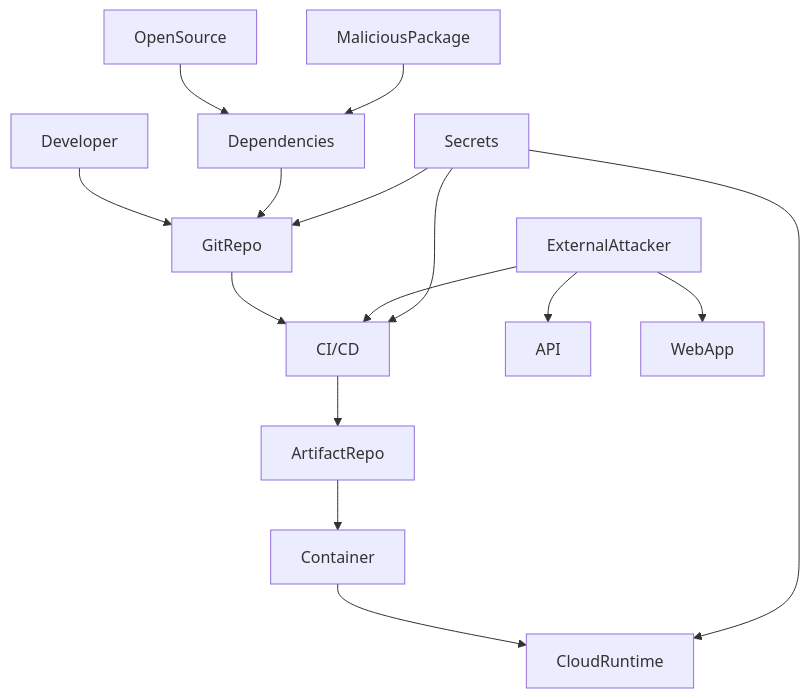
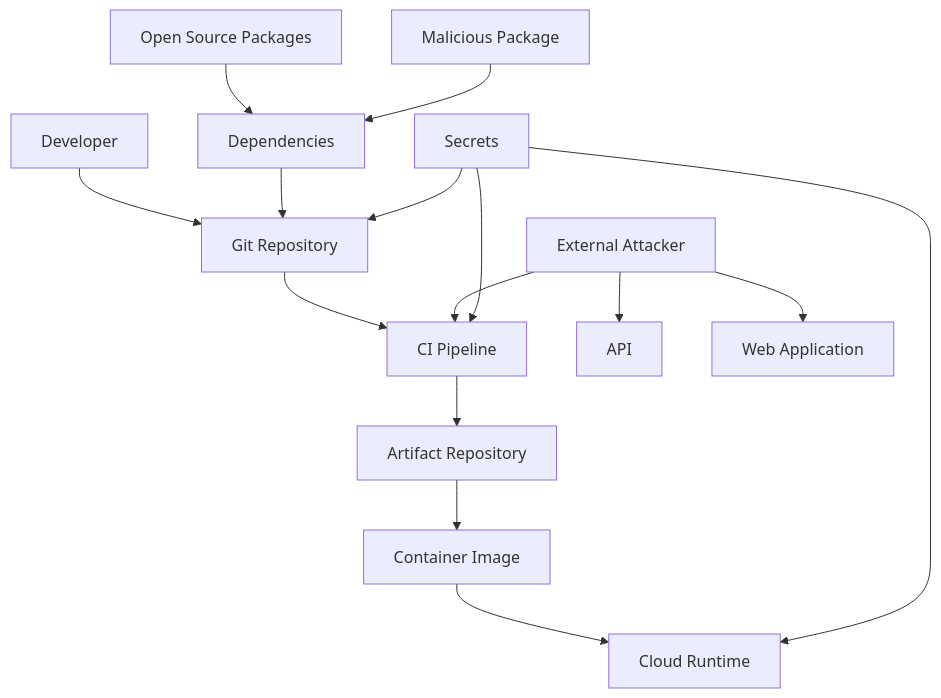
The diagram in diagramas/superficie-de-ataque.mmd (lbalmendra/carreira-em-cyber), drawn with Mermaid before and after one commit.

````diff
--- a/diagramas/superficie-de-ataque.mmd
+++ b/diagramas/superficie-de-ataque.mmd
@@ -1,21 +1,21 @@
 ```mermaid
 graph TD
 
-Developer --> GitRepo
-GitRepo --> CI/CD
-CI/CD --> ArtifactRepo
-ArtifactRepo --> Container
-Container --> CloudRuntime
+Developer[Developer] --> GitRepo[Git Repository]
+GitRepo --> CICD[CI Pipeline]
+CICD --> ArtifactRepo[Artifact Repository]
+ArtifactRepo --> Container[Container Image]
+Container --> CloudRuntime[Cloud Runtime]
 
-ExternalAttacker --> API
-ExternalAttacker --> WebApp
-ExternalAttacker --> CI/CD
+ExternalAttacker[External Attacker] --> API[API]
+ExternalAttacker --> WebApp[Web Application]
+ExternalAttacker --> CICD
 
-Dependencies --> GitRepo
-OpenSource --> Dependencies
-MaliciousPackage --> Dependencies
+Dependencies[Dependencies] --> GitRepo
+OpenSource[Open Source Packages] --> Dependencies
+MaliciousPackage[Malicious Package] --> Dependencies
 
-Secrets --> GitRepo
-Secrets --> CI/CD
+Secrets[Secrets] --> GitRepo
+Secrets --> CICD
 Secrets --> CloudRuntime
 ```
````
